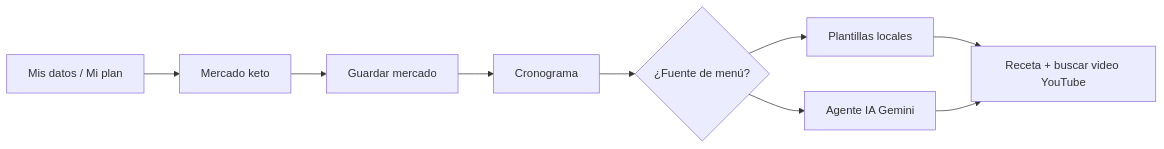
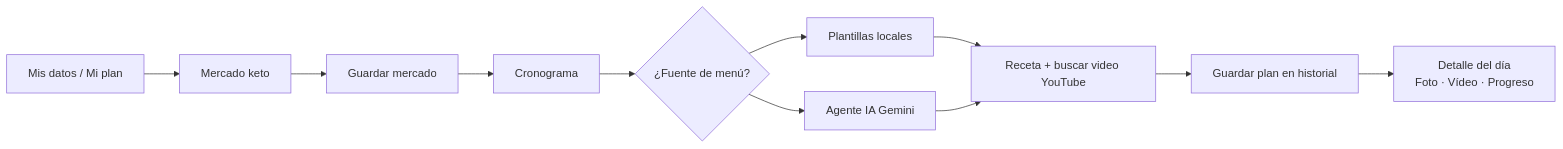
The diagram in docs/FLUJO_USUARIO.md (josephnsa/TEC-NUTRI-SALUD), drawn with Mermaid before and after one commit. The commit also changed other lines of this file and 22 other files, not shown here.

````diff
--- a/docs/FLUJO_USUARIO.md
+++ b/docs/FLUJO_USUARIO.md
@@ -22,11 +26,13 @@
 ```mermaid
 flowchart LR
   A[Mis datos / Mi plan] --> B[Mercado keto]
   B --> C[Guardar mercado]
   C --> D[Cronograma]
   D --> E{¿Fuente de menú?}
   E --> F[Plantillas locales]
   E --> G[Agente IA Gemini]
   F --> H[Receta + buscar video YouTube]
   G --> H
+  H --> I[Guardar plan en historial]
+  I --> J[Detalle del día\nFoto · Vídeo · Progreso]
 ```
````
